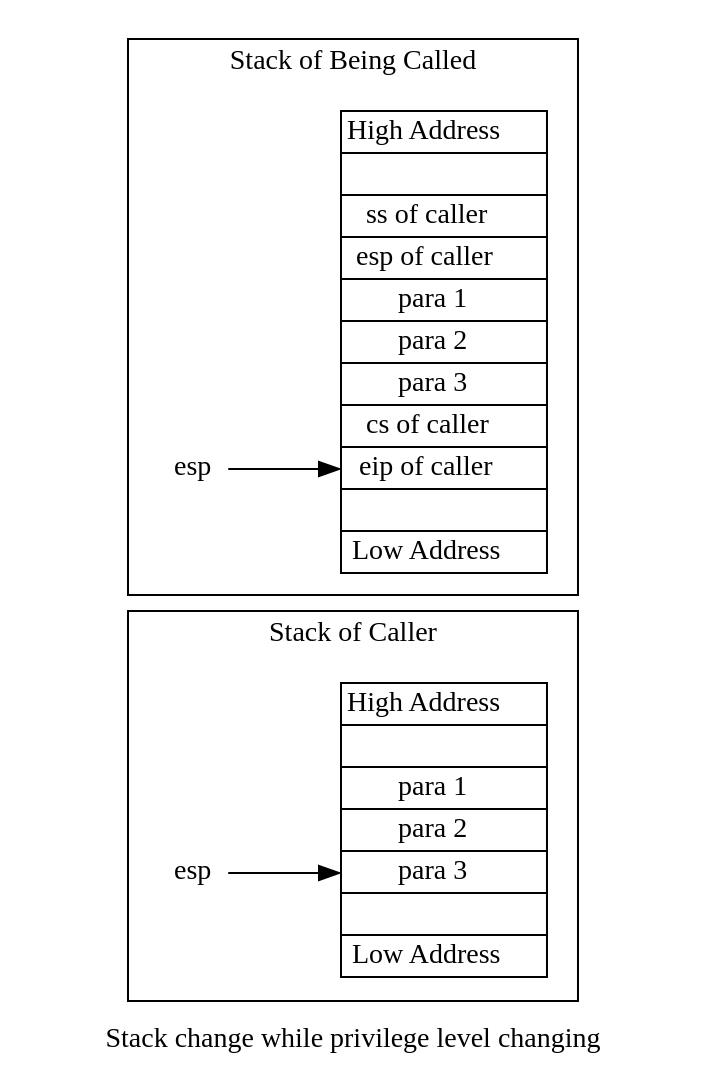
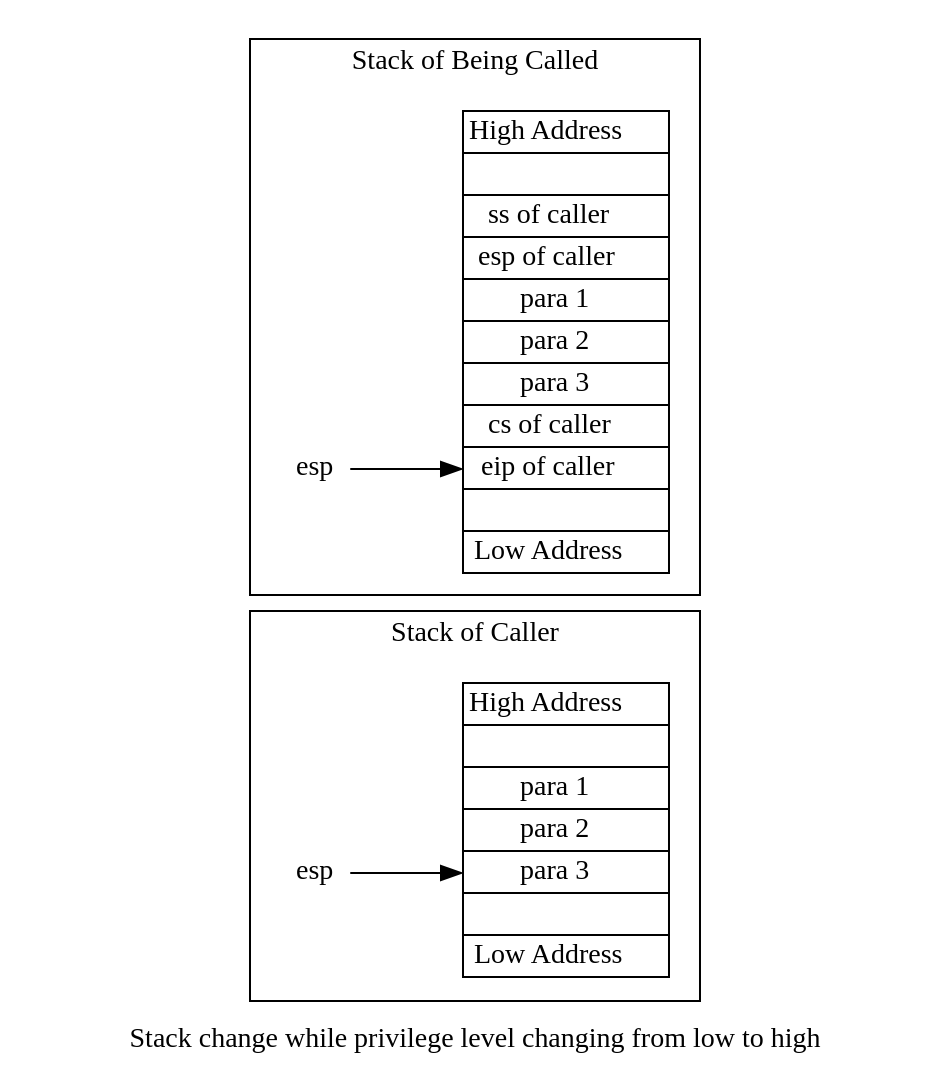
Before and after one commit to ylroki/kernel-demo: the diagram in docs/dot/low2high_stack.dot, drawn with Graphviz. The commit also changed 8 other files, not shown here.

```diff
--- a/docs/dot/low2high_stack.dot
+++ b/docs/dot/low2high_stack.dot
@@ -1,59 +1,59 @@
 digraph
 {
 	node [shape="none"]
-	label="Stack change while privilege level changing"
+	label="Stack change while privilege level changing from low to high"
 	
 	rankdir=LR	
 	subgraph cluster_low
 	{
 		label="Stack of Caller"
 		l_idx [label=<
 			<table border="0">
 				<tr><td port="1">esp</td></tr>
 			</table>
 		>];
 
 		l_mem [label=<
 			<table border="0" cellborder="1" cellspacing="0">
 				<tr><td>High Address</td></tr>
 				<tr><td> </td></tr>
 				<tr><td>para 1</td></tr>
 				<tr><td>para 2</td></tr>
 				<tr><td port="1">para 3</td></tr>
 				<tr><td> </td></tr>
 				<tr><td>Low Address</td></tr>
 			</table>
 		>];
 		
 		l_idx:1 -> l_mem:1;
 	}
 
 	subgraph cluster_high
 	{
 		label="Stack of Being Called"
 		rankdir=LR	
 		h_idx [label=<
 			<table border="0">
 				<tr><td port="1">esp</td></tr>
 			</table>
 		>];
 
 		h_mem [label=<
 			<table border="0" cellborder="1" cellspacing="0">
 				<tr><td>High Address</td></tr>
 				<tr><td> </td></tr>
 				<tr><td>ss of caller</td></tr>
 				<tr><td>esp of caller</td></tr>
 				<tr><td>para 1</td></tr>
 				<tr><td>para 2</td></tr>
 				<tr><td>para 3</td></tr>
 				<tr><td>cs of caller</td></tr>
 				<tr><td port="1">eip of caller</td></tr>
 				<tr><td> </td></tr>
 				<tr><td>Low Address</td></tr>
 			</table>
 		>];
 		
 		h_idx:1 -> h_mem:1;
 	}
 }
```
